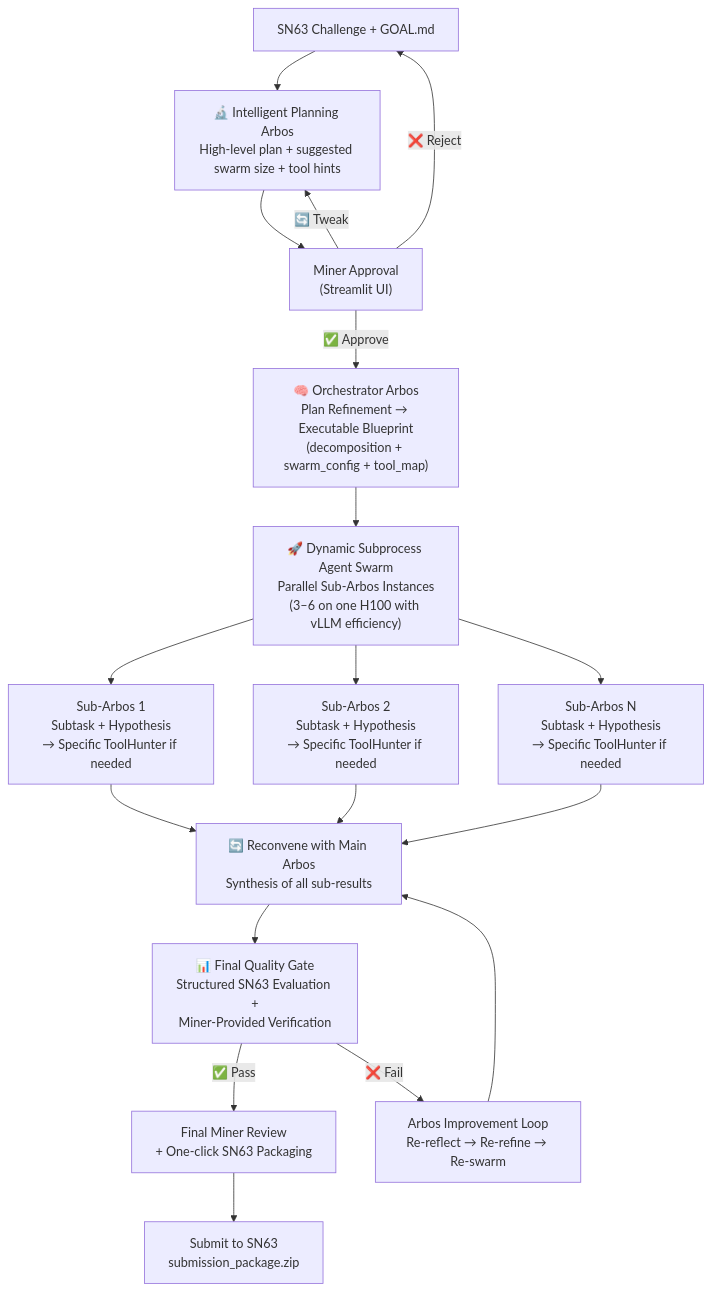
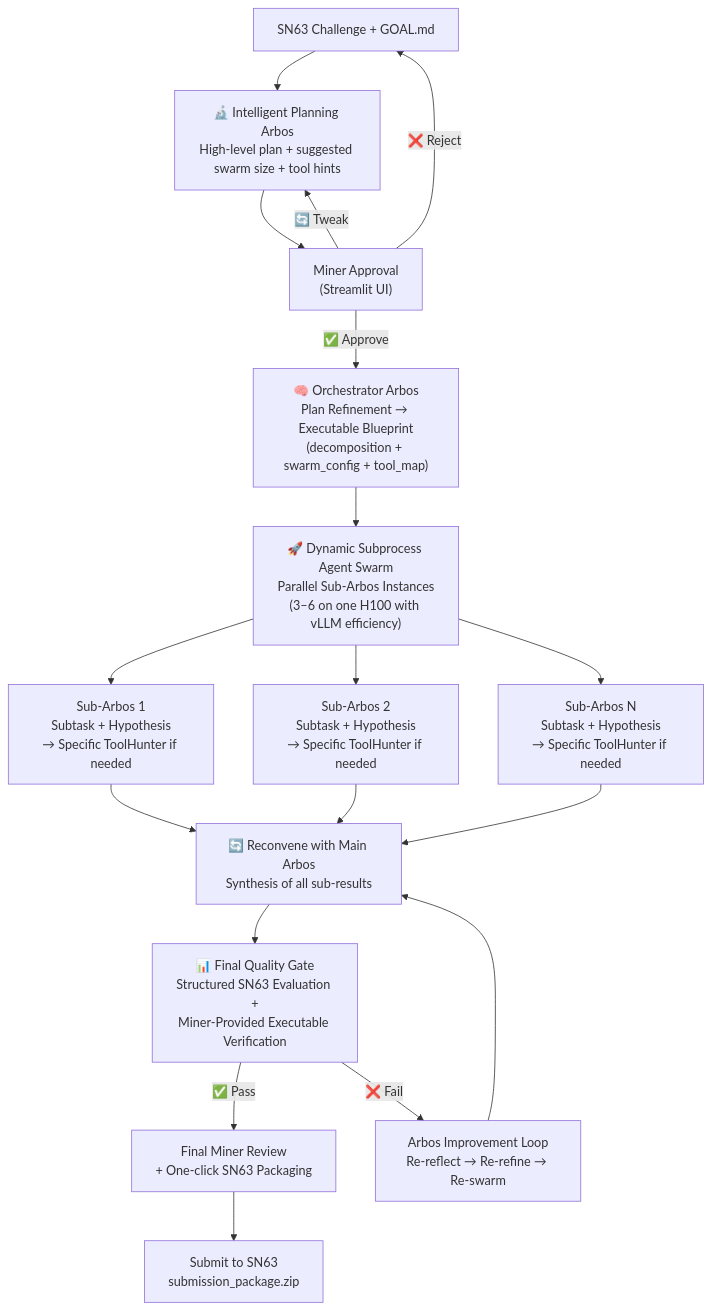
The diagram in README.md (jbequ5/SAGE-Enigma-Subnet), drawn with Mermaid before and after one commit. The commit also changed other lines of this file, not shown here.

````diff
--- a/README.md
+++ b/README.md
@@ -9,27 +9,27 @@
 ```mermaid
 flowchart TD
     A["SN63 Challenge + GOAL.md"] 
     --> B["🔬 Intelligent Planning Arbos<br/>High-level plan + suggested swarm size + tool hints"]
 
     B --> C["Miner Approval<br/>(Streamlit UI)"]
     C -->|"✅ Approve"| D["🧠 Orchestrator Arbos<br/>Plan Refinement → Executable Blueprint<br/>(decomposition + swarm_config + tool_map)"]
     C -->|"🔄 Tweak"| B
     C -->|"❌ Reject"| A
 
     D --> E["🚀 Dynamic Subprocess Agent Swarm<br/>Parallel Sub-Arbos Instances<br/>(3–6 on one H100 with vLLM efficiency)"]
 
     E --> F1["Sub-Arbos 1<br/>Subtask + Hypothesis<br/>→ Specific ToolHunter if needed"]
     E --> F2["Sub-Arbos 2<br/>Subtask + Hypothesis<br/>→ Specific ToolHunter if needed"]
     E --> FN["Sub-Arbos N<br/>Subtask + Hypothesis<br/>→ Specific ToolHunter if needed"]
 
     F1 & F2 & FN --> G["🔄 Reconvene with Main Arbos<br/>Synthesis of all sub-results"]
 
-    G --> H["📊 Final Quality Gate<br/>Structured SN63 Evaluation +<br/>Miner-Provided Verification"]
+    G --> H["📊 Final Quality Gate<br/>Structured SN63 Evaluation +<br/>Miner-Provided Executable Verification"]
 
     H -->|"✅ Pass"| I["Final Miner Review<br/>+ One-click SN63 Packaging"]
     H -->|"❌ Fail"| J["Arbos Improvement Loop<br/>Re-reflect → Re-refine → Re-swarm"]
 
     J --> G
 
     I --> K["Submit to SN63<br/>submission_package.zip"]
 ```
````
